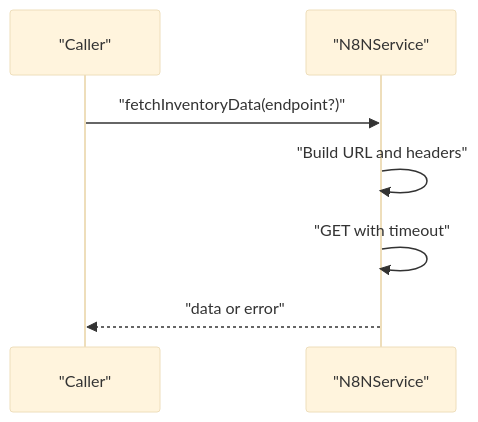
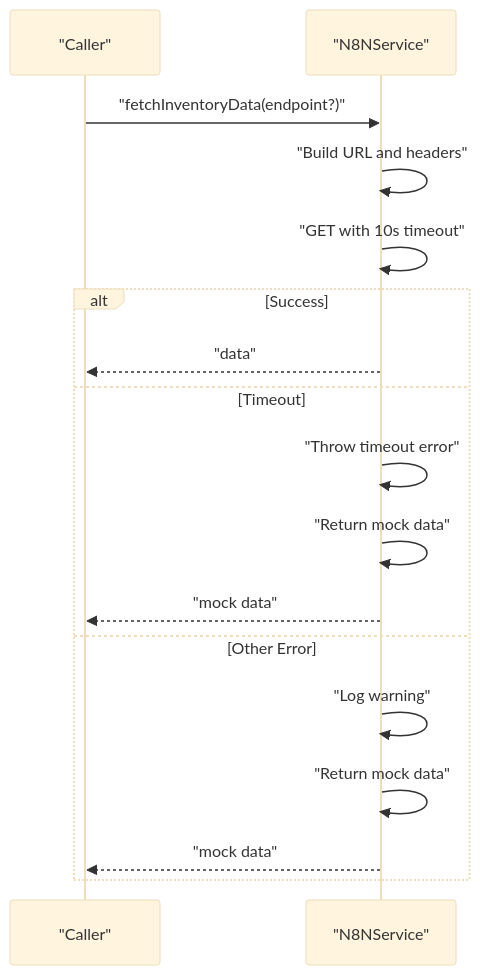
Before and after one commit to cacamarica/dashboard-ai: the fifth of 9 diagrams in .qoder/repowiki/en/content/Services Layer/Services Layer.md, drawn with Mermaid (base theme). The commit also changed other lines of this file and 14 other files, not shown here.

````diff
--- a/.qoder/repowiki/en/content/Services Layer/Services Layer.md
+++ b/.qoder/repowiki/en/content/Services Layer/Services Layer.md
@@ -232,9 +263,19 @@
 ```mermaid
 sequenceDiagram
 participant Caller as "Caller"
 participant N8N as "N8NService"
 Caller->>N8N : "fetchInventoryData(endpoint?)"
 N8N->>N8N : "Build URL and headers"
-N8N->>N8N : "GET with timeout"
-N8N-->>Caller : "data or error"
+N8N->>N8N : "GET with 10s timeout"
+alt Success
+N8N-->>Caller : "data"
+else Timeout
+N8N->>N8N : "Throw timeout error"
+N8N->>N8N : "Return mock data"
+N8N-->>Caller : "mock data"
+else Other Error
+N8N->>N8N : "Log warning"
+N8N->>N8N : "Return mock data"
+N8N-->>Caller : "mock data"
+end
 ```
````
